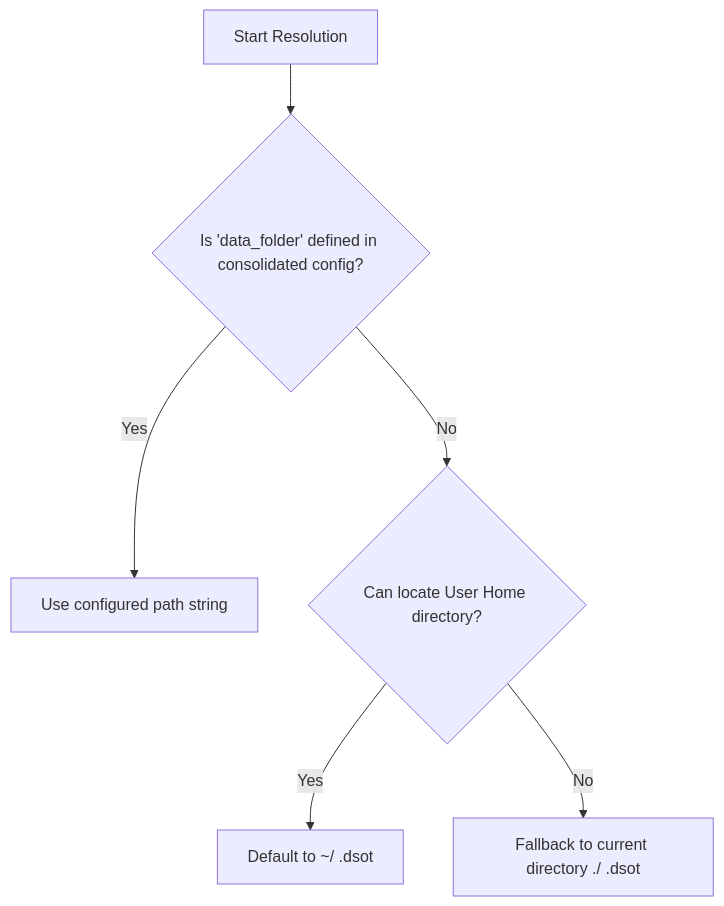
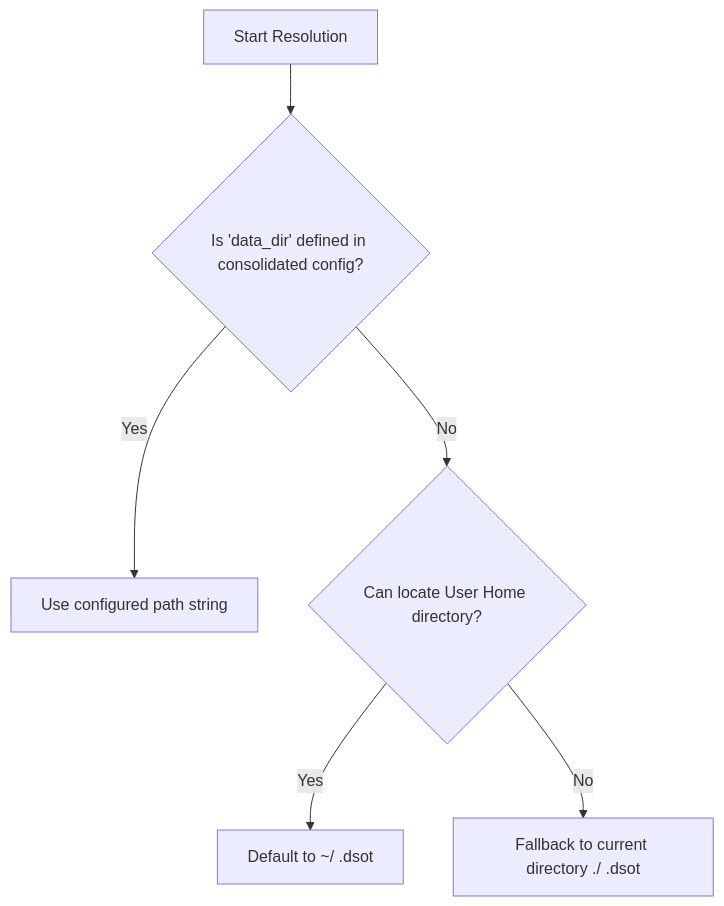
The diagram in docs/architecture/L3-components/config.md (Davidblkx/dsot), drawn with Mermaid before and after one commit. The commit also changed other lines of this file and 13 other files, not shown here.

First line of the commit message:
Docs: update documentation, architecture diagrams, and setup guides

````diff
--- a/docs/architecture/L3-components/config.md
+++ b/docs/architecture/L3-components/config.md
@@ -75,8 +78,8 @@
 ```mermaid
 graph TD
-    A[Start Resolution] --> B{Is 'data_folder' defined in consolidated config?}
+    A[Start Resolution] --> B{Is 'data_dir' defined in consolidated config?}
     B -- Yes --> C[Use configured path string]
     B -- No --> D{Can locate User Home directory?}
     D -- Yes --> E[Default to ~/ .dsot]
     D -- No --> F[Fallback to current directory ./ .dsot]
 ```
````
